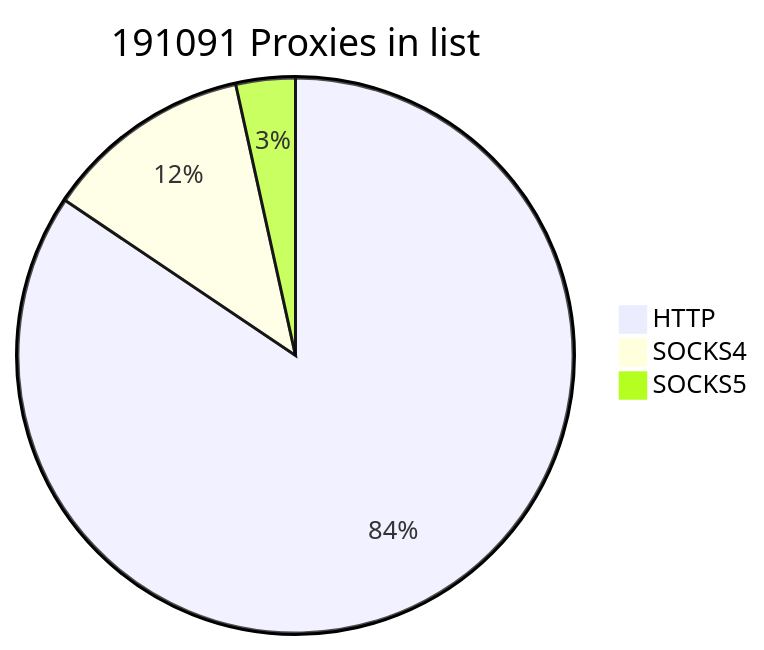
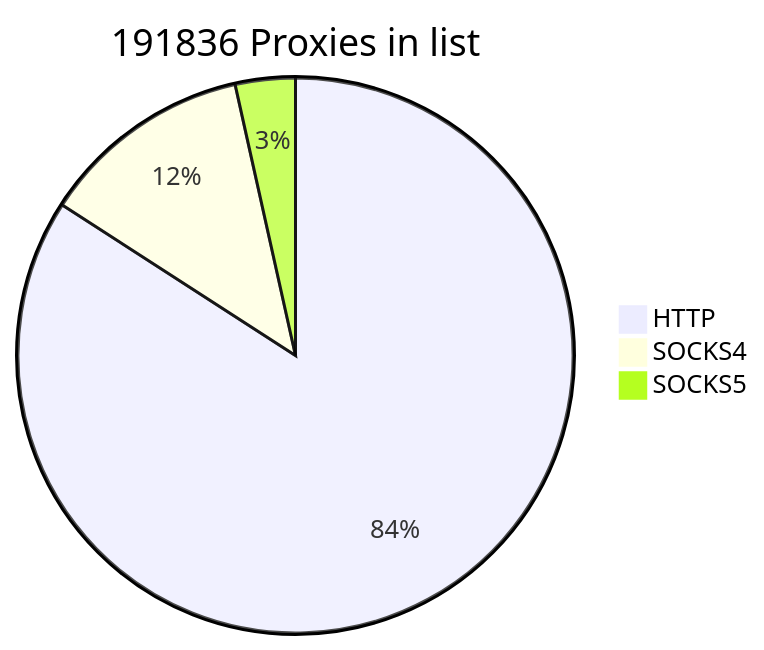
The first of 2 diagrams in README.md (cutipu/proxylist), drawn with Mermaid before and after one commit. The commit also changed other lines of this file, not shown here.

````diff
--- a/README.md
+++ b/README.md
@@ -2,7 +2,7 @@
 ```mermaid
-pie title 191091 Proxies in list
-    "HTTP" : 161354
-    "SOCKS4" : 23136
-    "SOCKS5" : 6601
+pie title 191836 Proxies in list
+    "HTTP" : 161378
+    "SOCKS4" : 23763
+    "SOCKS5" : 6695
             
 ```
````
